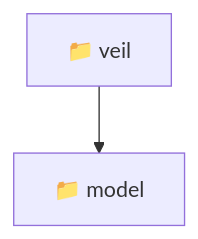
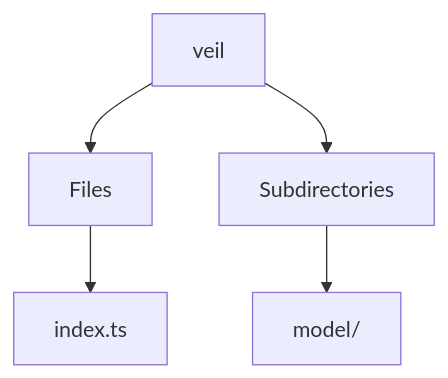
Before and after one commit to beginwebdev2002/fullstack-mavluda: the diagram in frontend/src/features/veil/README.md, drawn with Mermaid. The commit also changed other lines of this file and 167 other files, not shown here.

````diff
--- a/frontend/src/features/veil/README.md
+++ b/frontend/src/features/veil/README.md
@@ -11,5 +14,7 @@
 ```mermaid
 graph TD
-  veil["📁 veil"]
-  veil --> model["📁 model"]
+  veil --> Files
+  Files --> index_ts[index.ts]
+  veil --> Subdirectories
+  Subdirectories --> model[model/]
 ```
````
